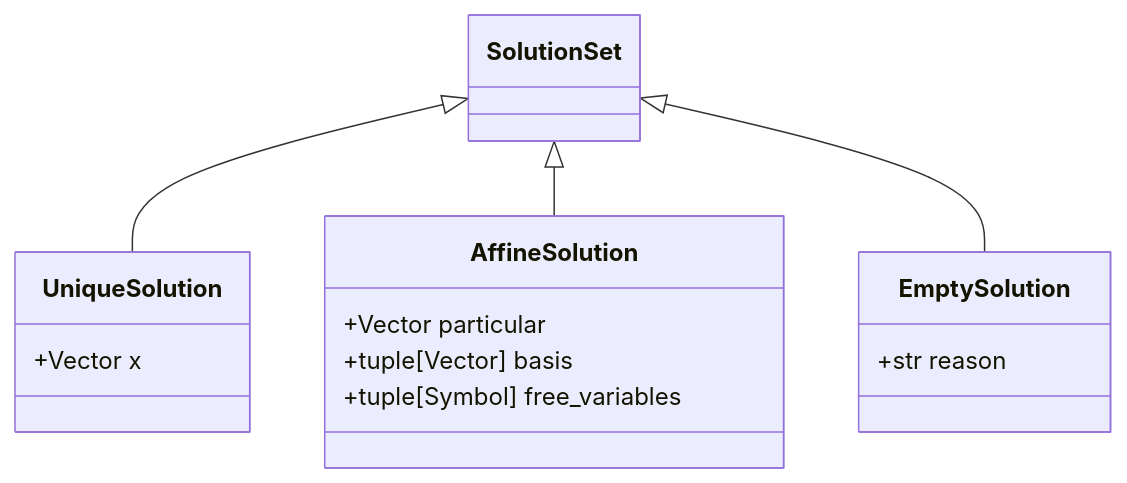
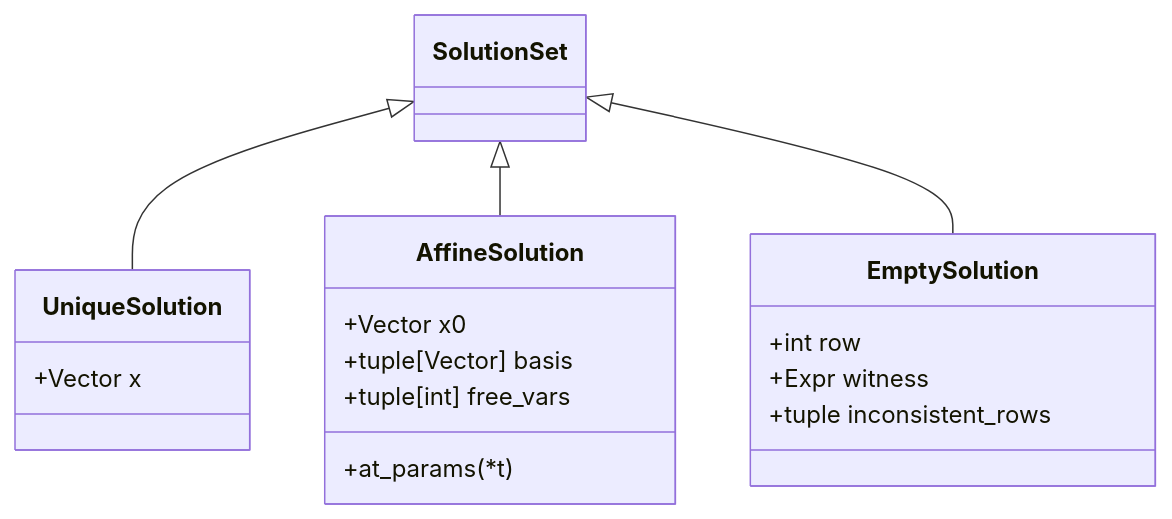
The diagram in docs/03_algorithms_and_step_tracing.md (liouai-digital-education/linalg-pedagopy), drawn with Mermaid before and after one commit. The commit also changed other lines of this file and 19 other files, not shown here.

````diff
--- a/docs/03_algorithms_and_step_tracing.md
+++ b/docs/03_algorithms_and_step_tracing.md
@@ -82,18 +100,21 @@
 ```mermaid
 classDiagram
     class SolutionSet
     class UniqueSolution {
         +Vector x
     }
     class AffineSolution {
-        +Vector particular
+        +Vector x0
         +tuple[Vector] basis
-        +tuple[Symbol] free_variables
+        +tuple[int] free_vars
+        +at_params(*t)
     }
     class EmptySolution {
-        +str reason
+        +int row
+        +Expr witness
+        +tuple inconsistent_rows
     }
     SolutionSet <|-- UniqueSolution
     SolutionSet <|-- AffineSolution
     SolutionSet <|-- EmptySolution
 ```
````
